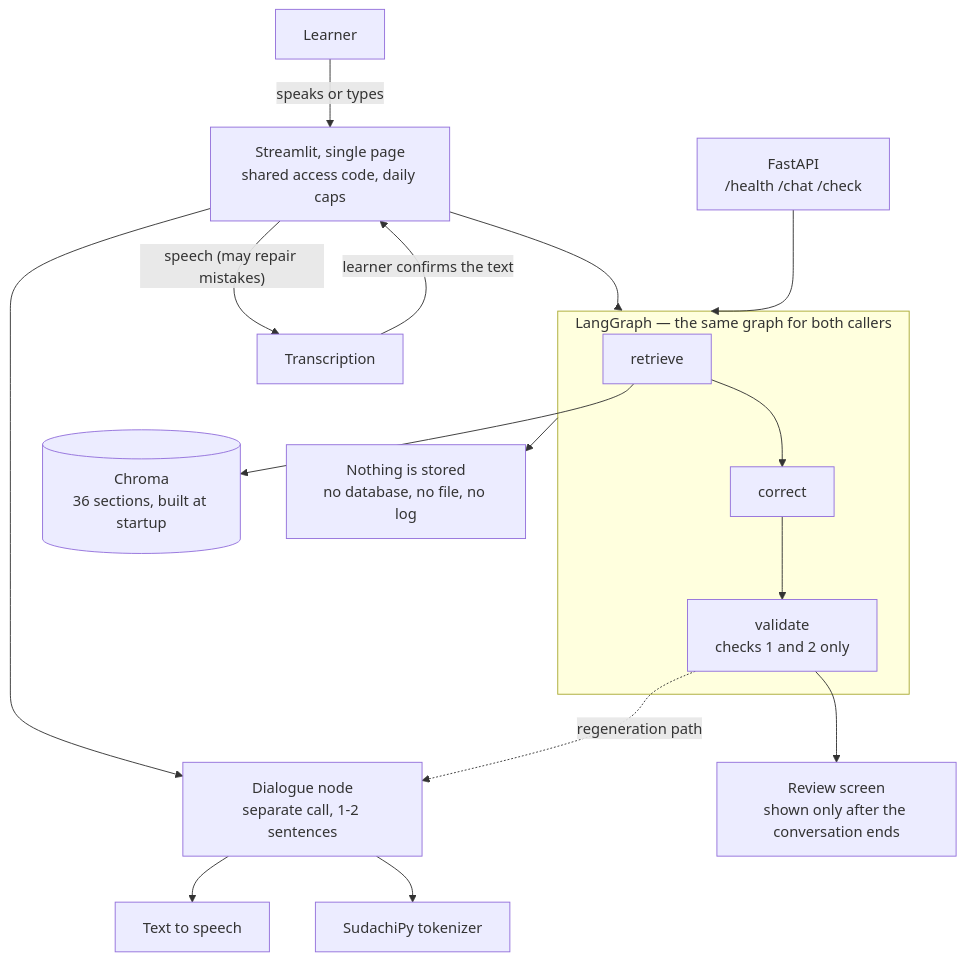
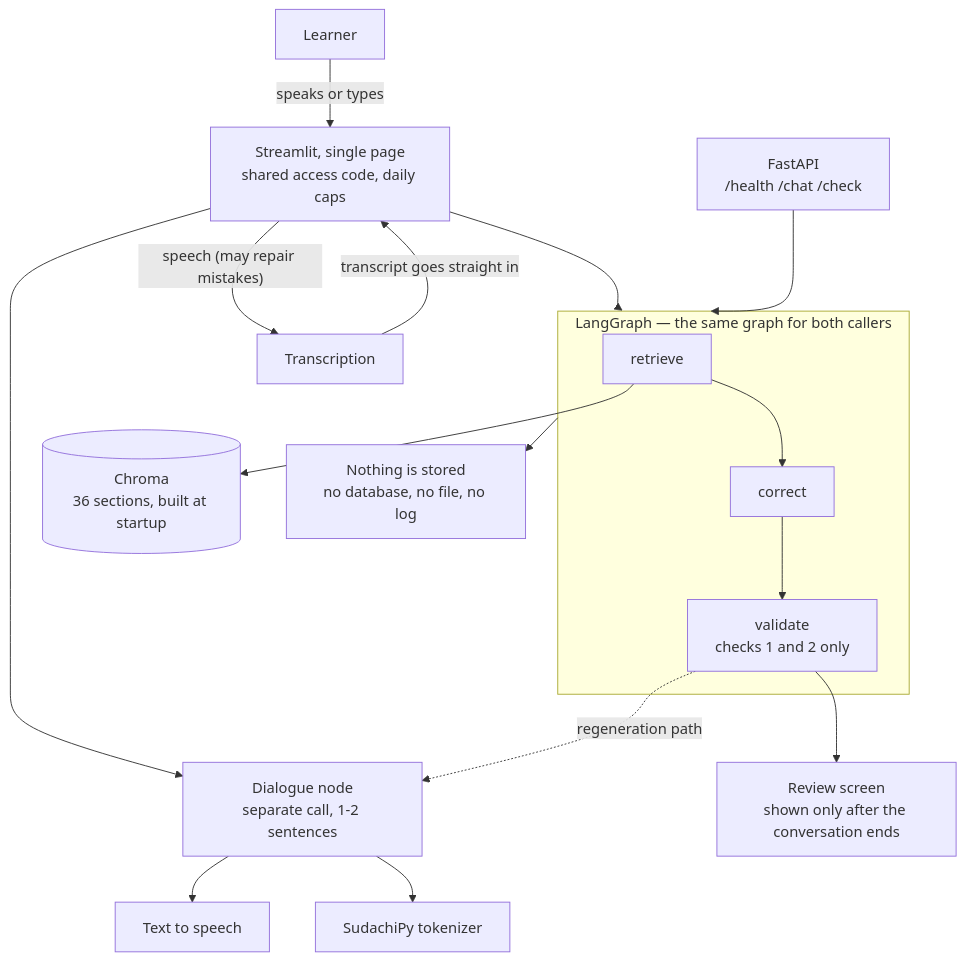
Before and after one commit to Jun-Araki/japanese-speaking-coach: the diagram in README.md, drawn with Mermaid. The commit also changed other lines of this file, not shown here.

````diff
--- a/README.md
+++ b/README.md
@@ -332,22 +339,22 @@
 ```mermaid
 graph TB
     U[Learner] -->|speaks or types| ST["Streamlit, single page<br/>shared access code, daily caps"]
     ST -->|"speech (may repair mistakes)"| STT[Transcription]
-    STT -->|"learner confirms the text"| ST
+    STT -->|"transcript goes straight in"| ST
 
     ST --> G
     API["FastAPI<br/>/health /chat /check"] --> G
 
     subgraph G ["LangGraph — the same graph for both callers"]
         RET[retrieve] --> COR[correct]
         COR --> VAL["validate<br/>checks 1 and 2 only"]
     end
 
     DLG["Dialogue node<br/>separate call, 1-2 sentences"] --> TTS[Text to speech]
     ST --> DLG
     RET --> CH[("Chroma<br/>36 sections, built at startup")]
     VAL -.->|"regeneration path"| DLG
     DLG --> NLP[SudachiPy tokenizer]
     VAL --> OUT["Review screen<br/>shown only after the conversation ends"]
     G --> NONE["Nothing is stored<br/>no database, no file, no log"]
 ```
````
